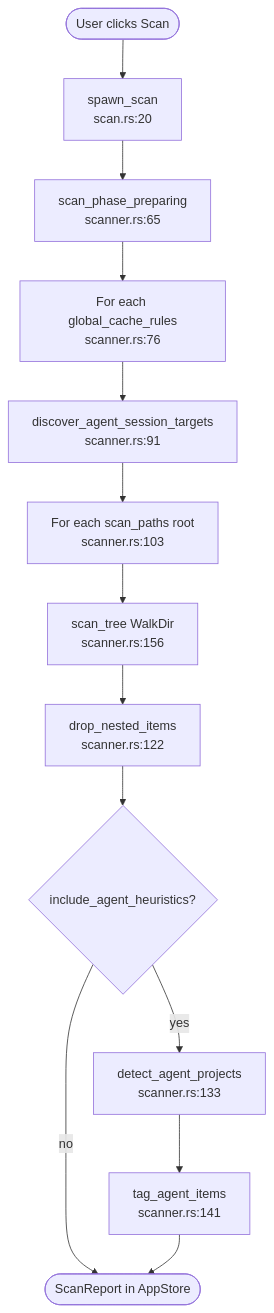
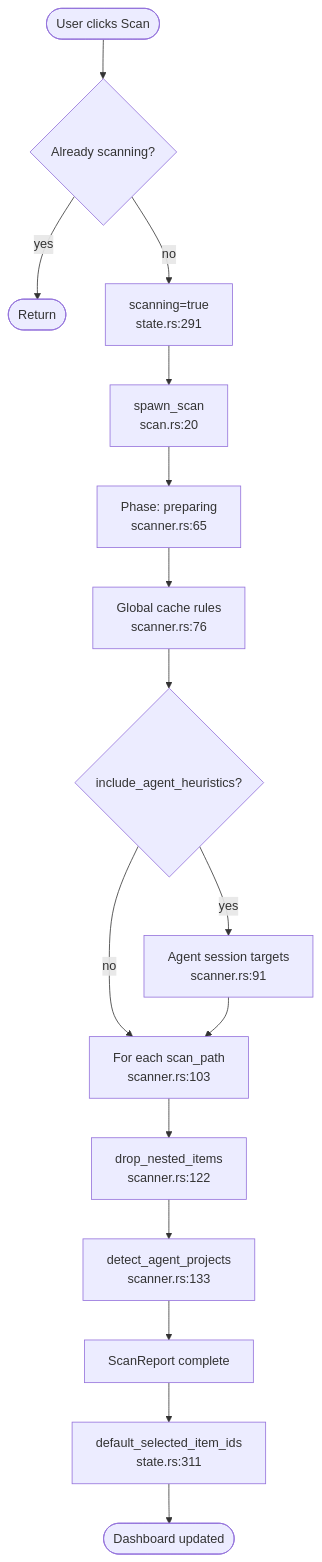
The second of 5 diagrams in .terrain/human/3.Workflows.md (sopaco/CLV3000-Plus), drawn with Mermaid before and after one commit. The commit also changed other lines of this file and 14 other files, not shown here.

````diff
--- a/.terrain/human/3.Workflows.md
+++ b/.terrain/human/3.Workflows.md
@@ -89,15 +38,18 @@
 ```mermaid
 flowchart TD
-    Start([User clicks Scan]) --> Spawn["spawn_scan<br/>scan.rs:20"]
-    Spawn --> Prep["scan_phase_preparing<br/>scanner.rs:65"]
-    Prep --> Global["For each global_cache_rules<br/>scanner.rs:76"]
-    Global --> AgentS["discover_agent_session_targets<br/>scanner.rs:91"]
-    AgentS --> Roots["For each scan_paths root<br/>scanner.rs:103"]
-    Roots --> Tree["scan_tree WalkDir<br/>scanner.rs:156"]
-    Tree --> Nest["drop_nested_items<br/>scanner.rs:122"]
-    Nest --> AgentP{"include_agent_heuristics?"}
-    AgentP -->|yes| Det["detect_agent_projects<br/>scanner.rs:133"]
-    AgentP -->|no| Done
-    Det --> Tag["tag_agent_items<br/>scanner.rs:141"]
-    Tag --> Done([ScanReport in AppStore])
+    Start([User clicks Scan]) --> CheckScanning{Already scanning?}
+    CheckScanning -->|yes| EndSkip([Return])
+    CheckScanning -->|no| SetFlags["scanning=true<br/>state.rs:291"]
+    SetFlags --> Spawn["spawn_scan<br/>scan.rs:20"]
+    Spawn --> PhasePrep["Phase: preparing<br/>scanner.rs:65"]
+    PhasePrep --> PhaseGlobal["Global cache rules<br/>scanner.rs:76"]
+    PhaseGlobal --> PhaseAgent{"include_agent_heuristics?"}
+    PhaseAgent -->|yes| PhaseSessions["Agent session targets<br/>scanner.rs:91"]
+    PhaseAgent -->|no| PhaseRoots
+    PhaseSessions --> PhaseRoots["For each scan_path<br/>scanner.rs:103"]
+    PhaseRoots --> Prune["drop_nested_items<br/>scanner.rs:122"]
+    Prune --> AgentProjects["detect_agent_projects<br/>scanner.rs:133"]
+    AgentProjects --> DoneReport["ScanReport complete"]
+    DoneReport --> UIUpdate["default_selected_item_ids<br/>state.rs:311"]
+    UIUpdate --> End([Dashboard updated])
 ```
````
